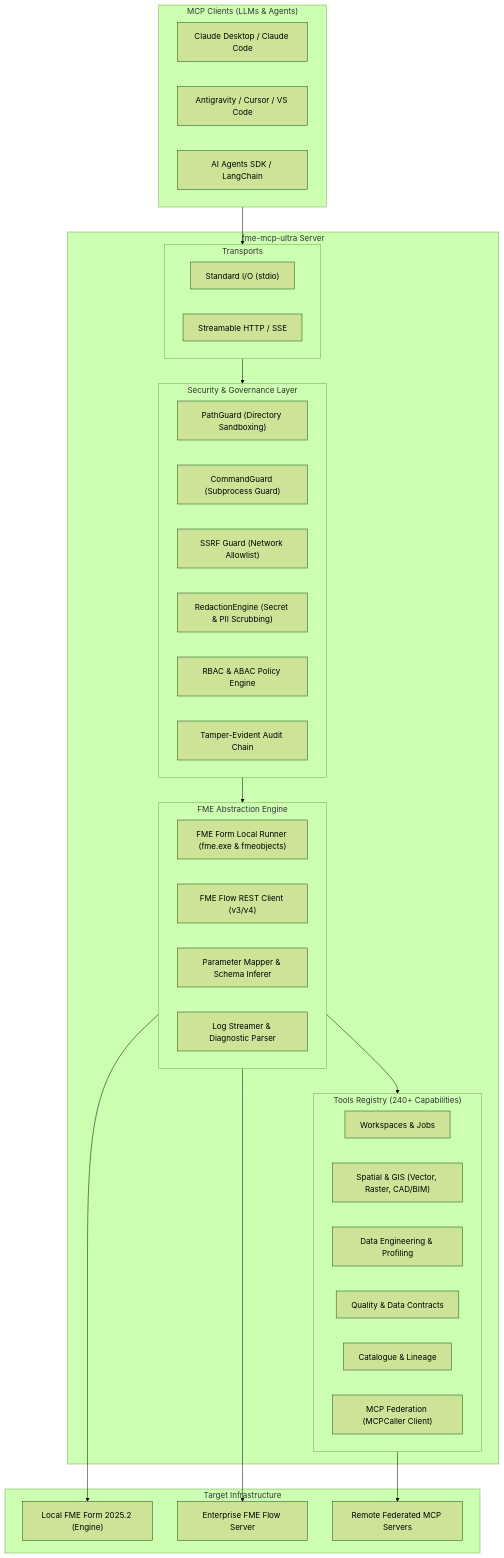
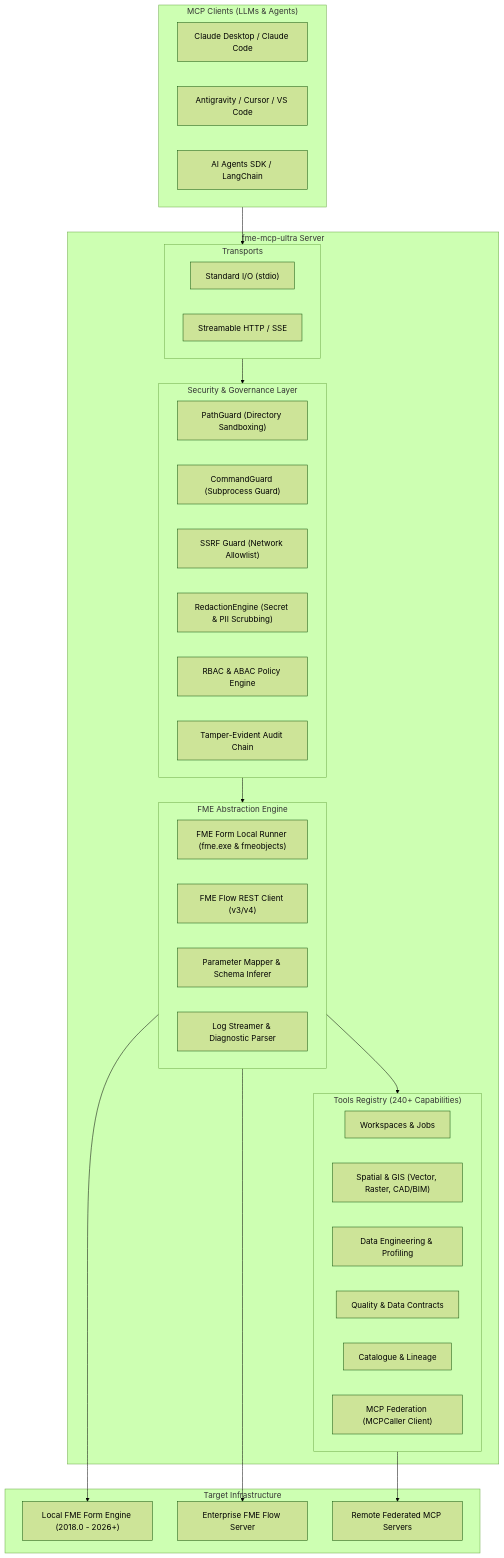
Before and after one commit to mwjouini/fme-mcp-ultra: the diagram in README.md, drawn with Mermaid (forest theme). The commit also changed other lines of this file and 22 other files, not shown here.

````diff
--- a/README.md
+++ b/README.md
@@ -31,54 +32,54 @@
 ```mermaid
 flowchart TB
     subgraph Clients["MCP Clients (LLMs & Agents)"]
         C1["Claude Desktop / Claude Code"]
         C2["Antigravity / Cursor / VS Code"]
         C3["AI Agents SDK / LangChain"]
     end
 
     subgraph CoreServer["fme-mcp-ultra Server"]
         subgraph Transports["Transports"]
             T1["Standard I/O (stdio)"]
             T2["Streamable HTTP / SSE"]
         end
 
         subgraph Security["Security & Governance Layer"]
             S1["PathGuard (Directory Sandboxing)"]
             S2["CommandGuard (Subprocess Guard)"]
             S3["SSRF Guard (Network Allowlist)"]
             S4["RedactionEngine (Secret & PII Scrubbing)"]
             S5["RBAC & ABAC Policy Engine"]
             S6["Tamper-Evident Audit Chain"]
         end
 
         subgraph Engine["FME Abstraction Engine"]
             E1["FME Form Local Runner (fme.exe & fmeobjects)"]
             E2["FME Flow REST Client (v3/v4)"]
             E3["Parameter Mapper & Schema Inferer"]
             E4["Log Streamer & Diagnostic Parser"]
         end
 
         subgraph Tools["Tools Registry (240+ Capabilities)"]
             TL1["Workspaces & Jobs"]
             TL2["Spatial & GIS (Vector, Raster, CAD/BIM)"]
             TL3["Data Engineering & Profiling"]
             TL4["Quality & Data Contracts"]
             TL5["Catalogue & Lineage"]
             TL6["MCP Federation (MCPCaller Client)"]
         end
     end
 
     subgraph Targets["Target Infrastructure"]
-        FME_Form["Local FME Form 2025.2 (Engine)"]
+        FME_Form["Local FME Form Engine (2018.0 - 2026+)"]
         FME_Flow["Enterprise FME Flow Server"]
         Ext_MCP["Remote Federated MCP Servers"]
     end
 
     Clients --> Transports
     Transports --> Security
     Security --> Engine
     Engine --> Tools
     Engine --> FME_Form
     Engine --> FME_Flow
     Tools --> Ext_MCP
 ```
````
